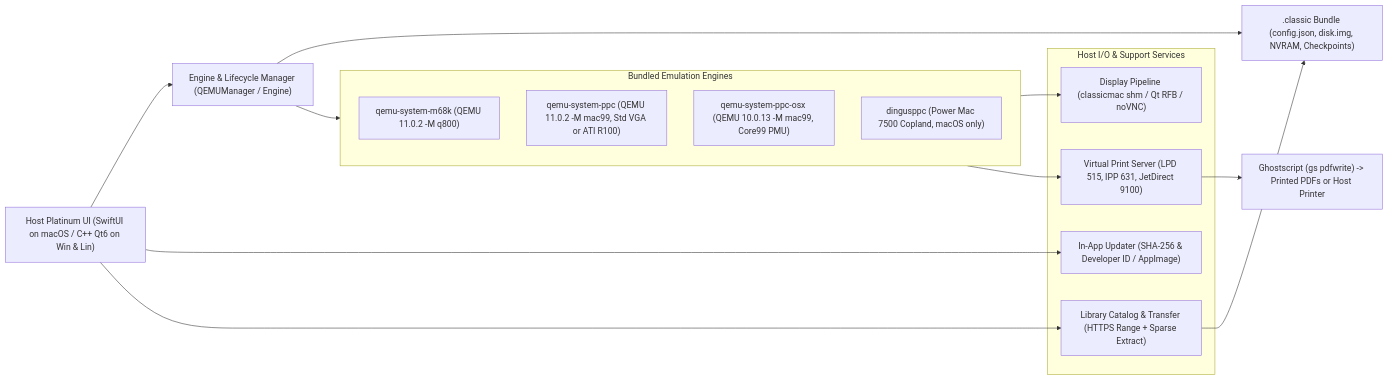
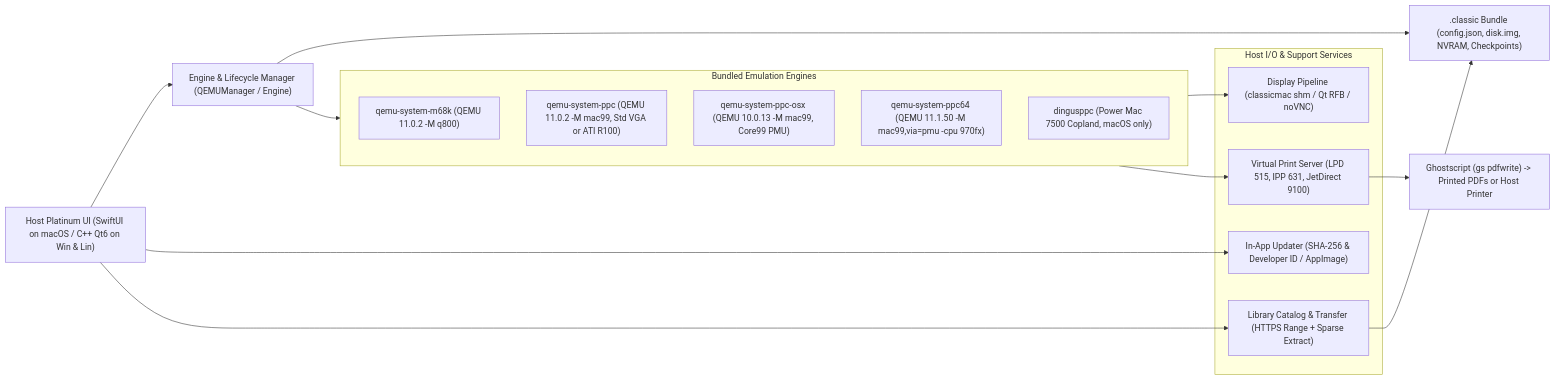
Before and after one commit to amcchord/ClassicMac: the first of 3 diagrams in docs/manual/02-architecture-how-it-works.md, drawn with Mermaid. The commit also changed other lines of this file and 72 other files, not shown here.

````diff
--- a/docs/manual/02-architecture-how-it-works.md
+++ b/docs/manual/02-architecture-how-it-works.md
@@ -18,28 +18,29 @@
 ```mermaid
 flowchart LR
     UI["Host Platinum UI (SwiftUI on macOS / C++ Qt6 on Win & Lin)"] --> ORCH["Engine & Lifecycle Manager (QEMUManager / Engine)"]
     ORCH --> BDL[".classic Bundle (config.json, disk.img, NVRAM, Checkpoints)"]
 
     subgraph Engines["Bundled Emulation Engines"]
         M68K["qemu-system-m68k (QEMU 11.0.2 -M q800)"]
         PPC["qemu-system-ppc (QEMU 11.0.2 -M mac99, Std VGA or ATI R100)"]
         OSX["qemu-system-ppc-osx (QEMU 10.0.13 -M mac99, Core99 PMU)"]
+        G5["qemu-system-ppc64 (QEMU 11.1.50 -M mac99,via=pmu -cpu 970fx)"]
         COP["dingusppc (Power Mac 7500 Copland, macOS only)"]
     end
 
     ORCH --> Engines
 
     subgraph Services["Host I/O & Support Services"]
         DISP["Display Pipeline (classicmac shm / Qt RFB / noVNC)"]
         PRINT["Virtual Print Server (LPD 515, IPP 631, JetDirect 9100)"]
         UPD["In-App Updater (SHA-256 & Developer ID / AppImage)"]
         CAT["Library Catalog & Transfer (HTTPS Range + Sparse Extract)"]
     end
 
     Engines --> DISP
     Engines --> PRINT
     PRINT --> PDF["Ghostscript (gs pdfwrite) -> Printed PDFs or Host Printer"]
     UI --> UPD
     UI --> CAT
     CAT --> BDL
 ```
````
